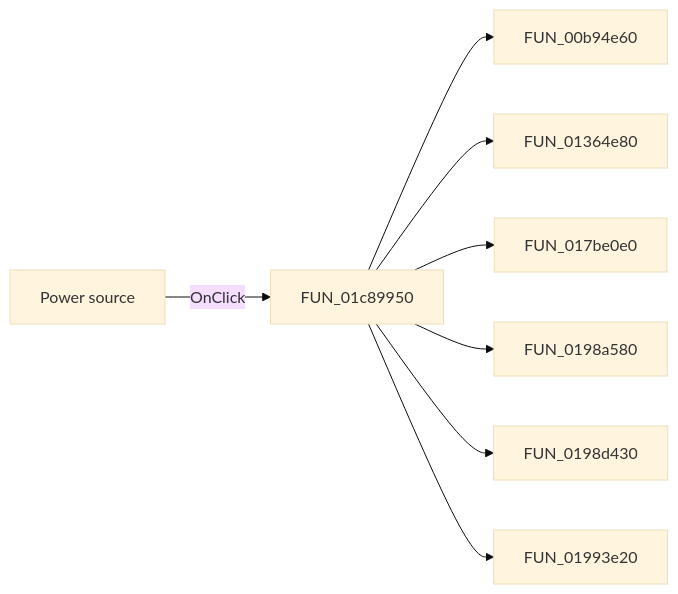
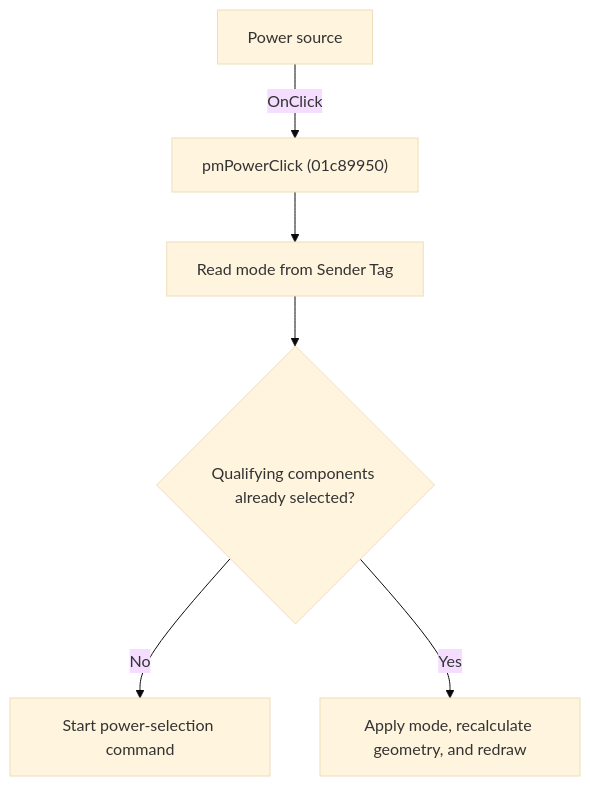
One commit to MovGP0/TIARA changed the diagram in docs/ui-controls/schematiceditor/pmpwrsource-ad5f5a8c29.md. Above: the diagram before and after it, drawn with Mermaid (base theme). The commit also changed other lines of this file and 1062 other files, not shown here.

````diff
--- a/docs/ui-controls/schematiceditor/pmpwrsource-ad5f5a8c29.md
+++ b/docs/ui-controls/schematiceditor/pmpwrsource-ad5f5a8c29.md
@@ -27,10 +27,8 @@
 ```mermaid
-flowchart LR
-    control["Power source"] -->|OnClick| handler["FUN_01c89950"]
-    handler --> call1["FUN_00b94e60"]
-    handler --> call2["FUN_01364e80"]
-    handler --> call3["FUN_017be0e0"]
-    handler --> call4["FUN_0198a580"]
-    handler --> call5["FUN_0198d430"]
-    handler --> call6["FUN_01993e20"]
+flowchart TD
+    control["Power source"] -->|"OnClick"| handler["pmPowerClick (01c89950)"]
+    handler --> tag["Read mode from Sender Tag"]
+    tag --> selection{"Qualifying components already selected?"}
+    selection -->|"No"| tool["Start power-selection command"]
+    selection -->|"Yes"| apply["Apply mode, recalculate geometry, and redraw"]
 ```
````
